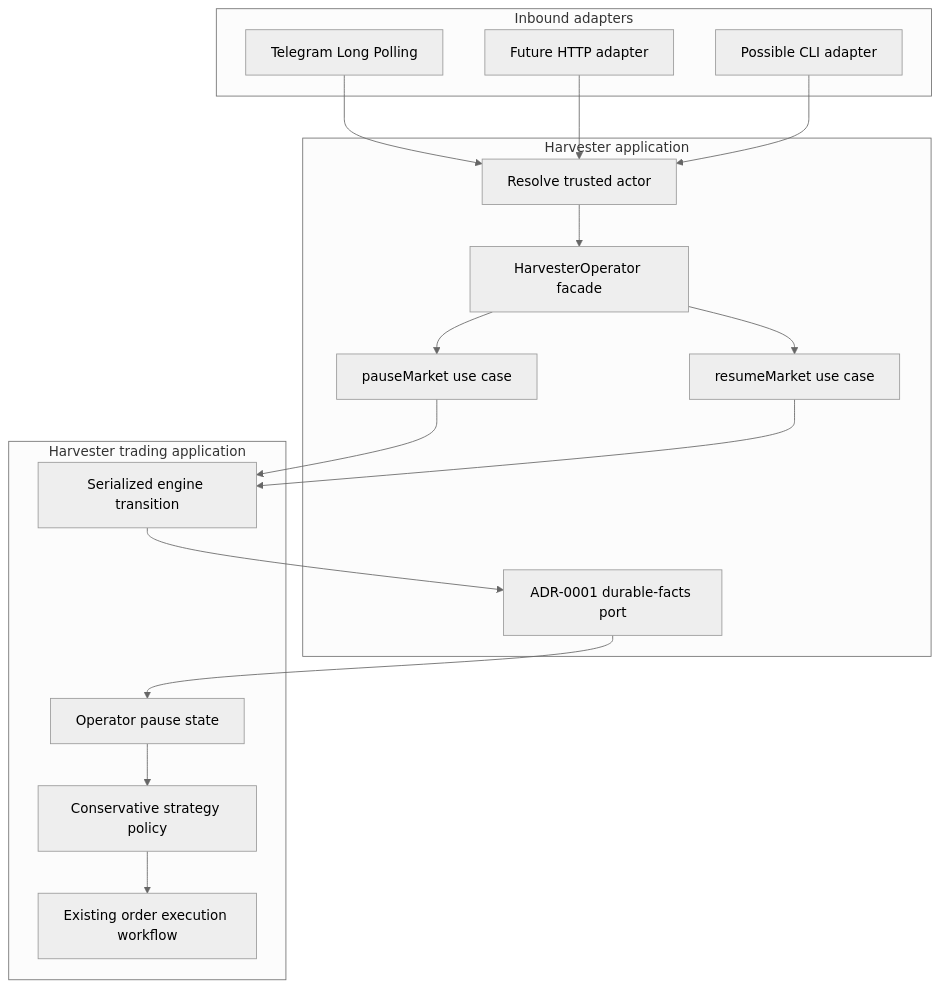
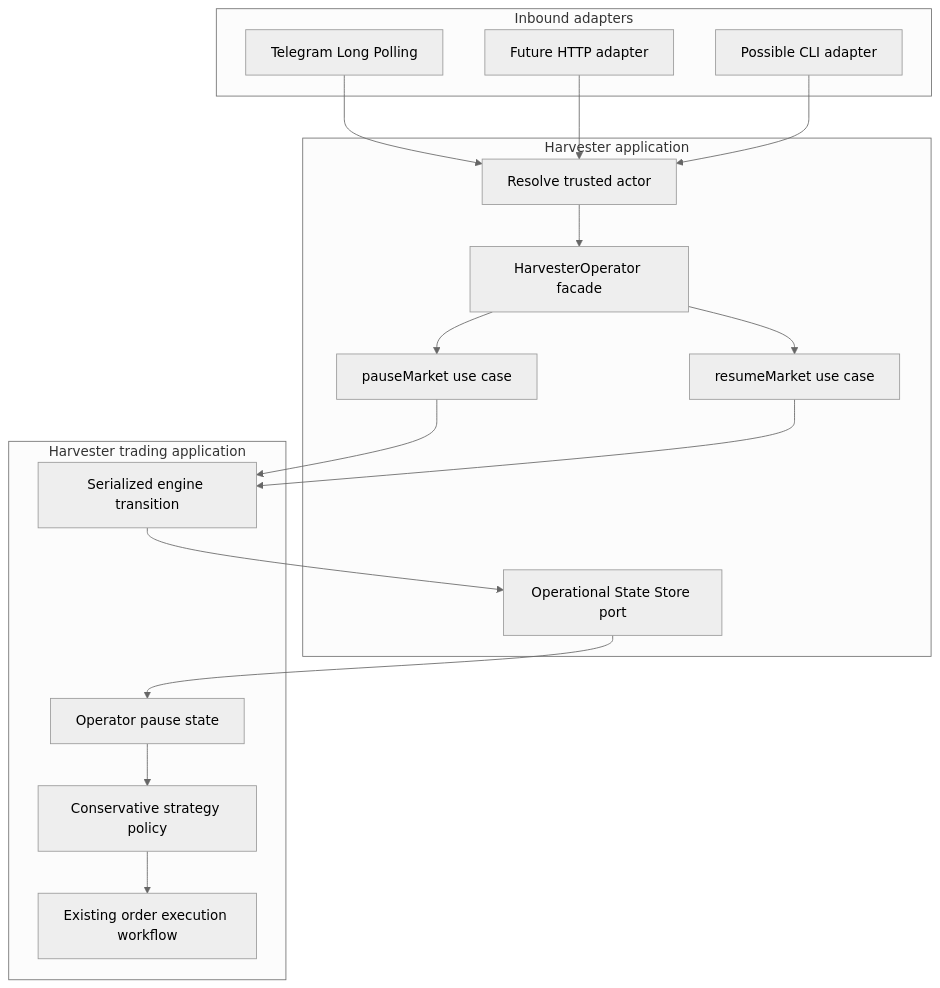
One commit to 45s/coinzilla changed the first of 2 diagrams in apps/harvester/docs/architecture/OPERATOR_CONTROL_DESIGN.md. Above: the diagram before and after it, drawn with Mermaid (neutral theme). The commit also changed other lines of this file and 68 other files, not shown here.

````diff
--- a/apps/harvester/docs/architecture/OPERATOR_CONTROL_DESIGN.md
+++ b/apps/harvester/docs/architecture/OPERATOR_CONTROL_DESIGN.md
@@ -52,33 +52,33 @@
 ```mermaid
 flowchart TB
   subgraph IN["Inbound adapters"]
     TG["Telegram Long Polling"]
     HTTP["Future HTTP adapter"]
     CLI["Possible CLI adapter"]
   end
   subgraph APP["Harvester application"]
     AUTH["Resolve trusted actor"]
     OP["HarvesterOperator facade"]
     PAUSE["pauseMarket use case"]
     RESUME["resumeMarket use case"]
-    FACTS["ADR-0001 durable-facts port"]
+    FACTS["Operational State Store port"]
   end
   subgraph ENGINE["Harvester trading application"]
     SERIAL["Serialized engine transition"]
     STATE["Operator pause state"]
     POLICY["Conservative strategy policy"]
     EXEC["Existing order execution workflow"]
   end
   TG --> AUTH
   HTTP --> AUTH
   CLI --> AUTH
   AUTH --> OP
   OP --> PAUSE
   OP --> RESUME
   PAUSE --> SERIAL
   RESUME --> SERIAL
   SERIAL --> FACTS
   FACTS --> STATE
   STATE --> POLICY
   POLICY --> EXEC
 ```
````
